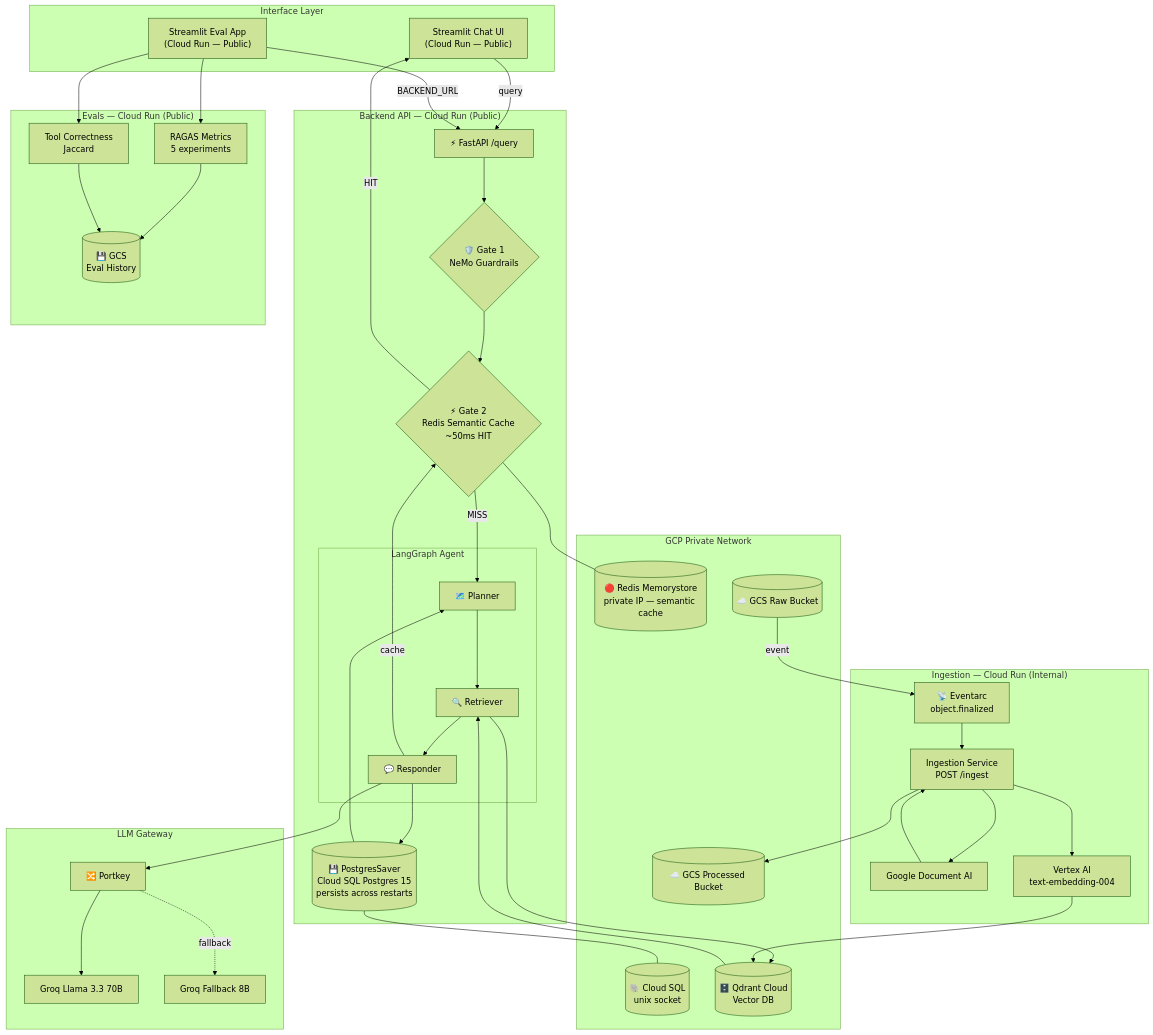
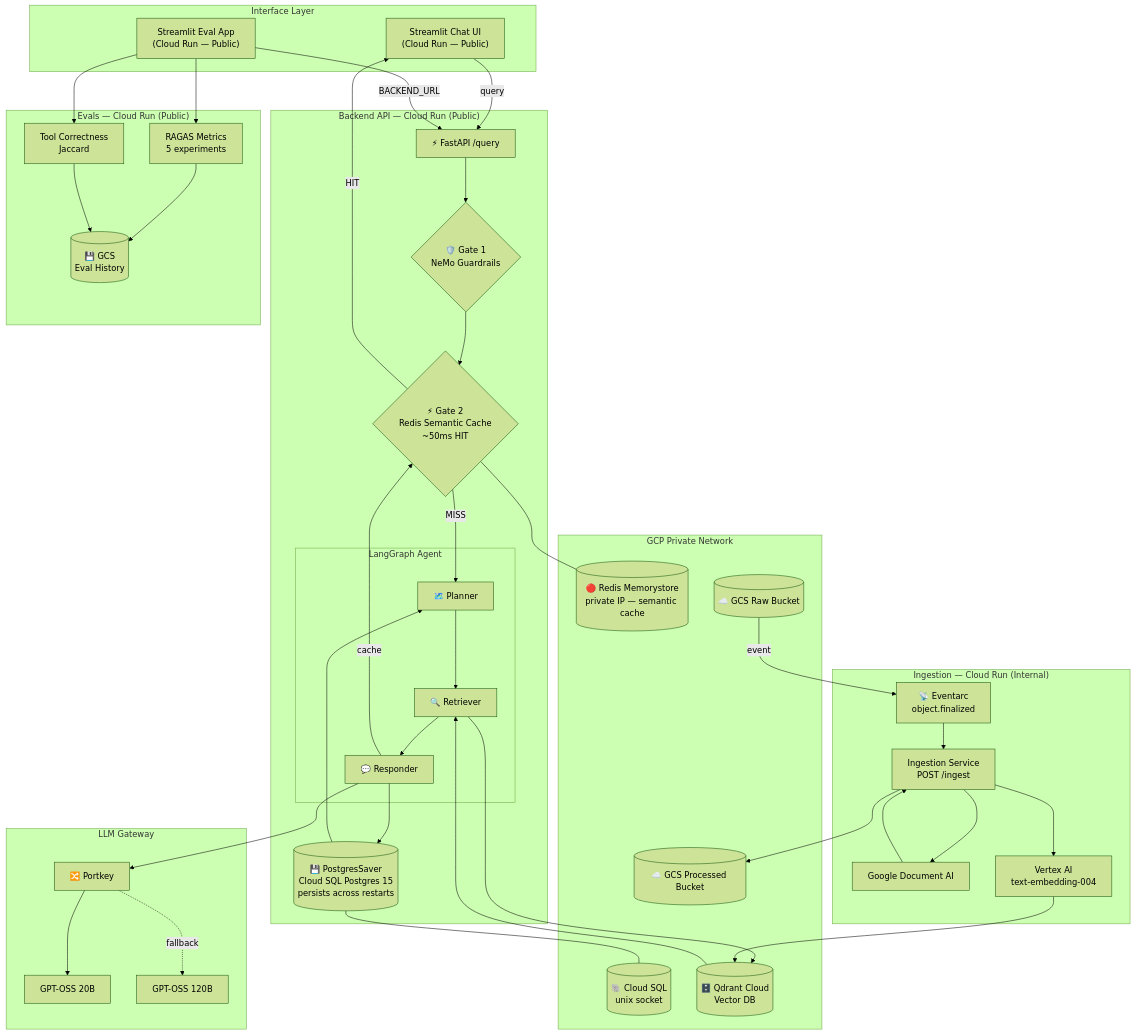
Before and after one commit to adedamolaogunleye1-projects/enterprise-agentic-rag-gcp-ai-security: the second of 2 diagrams in README.md, drawn with Mermaid (forest theme). The commit also changed other lines of this file, not shown here.

````diff
--- a/README.md
+++ b/README.md
@@ -45,68 +45,68 @@
 ```mermaid
 graph TB
     subgraph UI ["Interface Layer"]
         CHAT["Streamlit Chat UI\n(Cloud Run — Public)"]
         EAPP["Streamlit Eval App\n(Cloud Run — Public)"]
     end
 
     subgraph BACKEND ["Backend API — Cloud Run (Public)"]
         API["⚡ FastAPI /query"]
         G1{"🛡️ Gate 1\nNeMo Guardrails"}
         G2{"⚡ Gate 2\nRedis Semantic Cache\n~50ms HIT"}
         subgraph AGENT ["LangGraph Agent"]
             PL["🗺️ Planner"]
             RT["🔍 Retriever"]
             RS["💬 Responder"]
         end
         MEM[("💾 PostgresSaver\nCloud SQL Postgres 15\npersists across restarts")]
     end
 
     subgraph INGEST ["Ingestion — Cloud Run (Internal)"]
         EA["📡 Eventarc\nobject.finalized"]
         SVC["Ingestion Service\nPOST /ingest"]
         DOCAI["Google Document AI"]
         VEMB["Vertex AI\ntext-embedding-004"]
     end
 
     subgraph EVALS ["Evals — Cloud Run (Public)"]
         RAGAS["RAGAS Metrics\n5 experiments"]
         TC["Tool Correctness\nJaccard"]
         HIST[("💾 GCS\nEval History")]
     end
 
     subgraph GCP ["GCP Private Network"]
         REDIS[("🔴 Redis Memorystore\nprivate IP — semantic cache")]
         SQL[("🐘 Cloud SQL\nunix socket")]
         QD[("🗄️ Qdrant Cloud\nVector DB")]
         GCS1[("☁️ GCS Raw Bucket")]
         GCS2[("☁️ GCS Processed Bucket")]
     end
 
     subgraph GATEWAY ["LLM Gateway"]
         PK["🔀 Portkey"]
-        LLM1["Groq Llama 3.3 70B"]
-        LLM2["Groq Fallback 8B"]
+        LLM1["GPT-OSS 20B"]
+        LLM2["GPT-OSS 120B"]
     end
 
     CHAT -->|query| API
     EAPP -->|BACKEND_URL| API
     API --> G1 --> G2
     G2 -->|HIT| CHAT
     G2 -->|MISS| PL
     PL --> RT --> QD --> RT
     RT --> RS --> PK --> LLM1
     PK -.->|fallback| LLM2
     RS --> MEM --> PL
     RS -->|cache| G2
     G2 --- REDIS
 
     GCS1 -->|event| EA --> SVC
     SVC --> DOCAI --> SVC
     SVC --> VEMB --> QD
     SVC --> GCS2
 
     EAPP --> RAGAS --> HIST
     EAPP --> TC --> HIST
 
     MEM --- SQL
 ```
````
